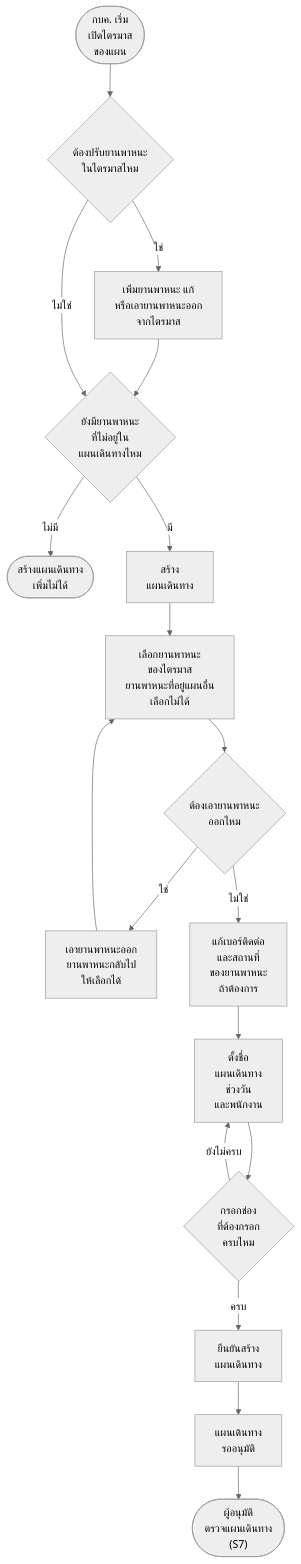
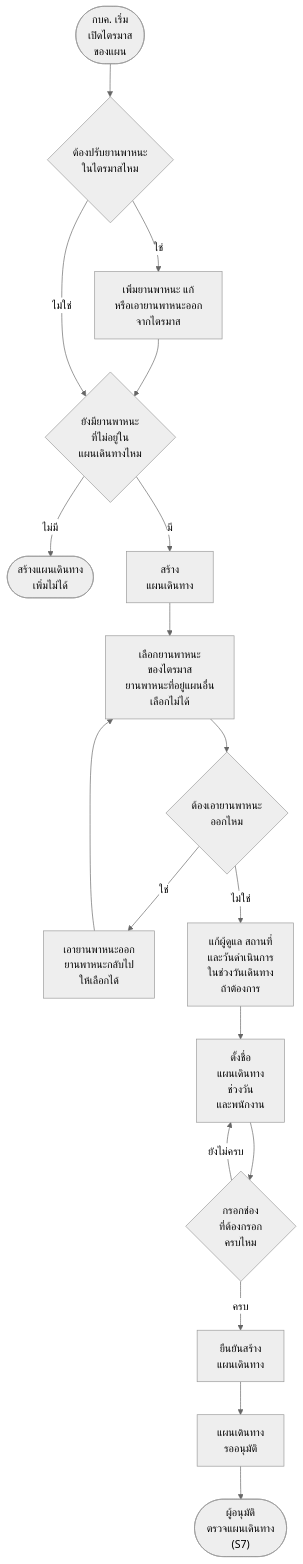
One commit to anugmail/Maintenance-Request-Form changed the seventh of 20 diagrams in Diagram/01-บำรุงรักษาตามวาระ/27-บำรุงรักษา-flowchart-กิจกรรม.md. Above: the diagram before and after it, drawn with Mermaid (neutral theme). The commit also changed other lines of this file and 10 other files, not shown here.

First line of the commit message:
บำรุงรักษา: S6 แผนเดินทาง วันดำเนินการรายคัน · อะไหล่ของแผนเดินทาง · ส่งออกแผนเดินทาง · คอลัมน์ชุดเดียว S6–S12 · แท็บทั้งหมดรวมอะไหล่ทุกไตรมาส · AC-S1 ฉบับลอง

````diff
--- a/Diagram/01-บำรุงรักษาตามวาระ/27-บำรุงรักษา-flowchart-กิจกรรม.md
+++ b/Diagram/01-บำรุงรักษาตามวาระ/27-บำรุงรักษา-flowchart-กิจกรรม.md
@@ -152,20 +144,20 @@
 ```mermaid
 flowchart TD
     S(["กบค. เริ่ม<br/>เปิดไตรมาส<br/>ของแผน"]) --> Q1{"ต้องปรับยานพาหนะ<br/>ในไตรมาสไหม"}
     Q1 -->|ใช่| A1["เพิ่มยานพาหนะ แก้<br/>หรือเอายานพาหนะออก<br/>จากไตรมาส"]
     A1 --> Q2
     Q1 -->|ไม่ใช่| Q2{"ยังมียานพาหนะ<br/>ที่ไม่อยู่ใน<br/>แผนเดินทางไหม"}
     Q2 -->|ไม่มี| E1(["สร้างแผนเดินทาง<br/>เพิ่มไม่ได้"])
     Q2 -->|มี| A2["สร้าง<br/>แผนเดินทาง"]
     A2 --> A3["เลือกยานพาหนะ<br/>ของไตรมาส<br/>ยานพาหนะที่อยู่แผนอื่น<br/>เลือกไม่ได้"]
     A3 --> Q3{"ต้องเอายานพาหนะ<br/>ออกไหม"}
     Q3 -->|ใช่| A4["เอายานพาหนะออก<br/>ยานพาหนะกลับไป<br/>ให้เลือกได้"]
     A4 --> A3
-    Q3 -->|ไม่ใช่| A5["แก้เบอร์ติดต่อ<br/>และสถานที่<br/>ของยานพาหนะ<br/>ถ้าต้องการ"]
+    Q3 -->|ไม่ใช่| A5["แก้ผู้ดูแล สถานที่<br/>และวันดำเนินการ<br/>ในช่วงวันเดินทาง<br/>ถ้าต้องการ"]
     A5 --> A6["ตั้งชื่อ<br/>แผนเดินทาง<br/>ช่วงวัน<br/>และพนักงาน"]
     A6 --> Q4{"กรอกช่อง<br/>ที่ต้องกรอก<br/>ครบไหม"}
     Q4 -->|ยังไม่ครบ| A6
     Q4 -->|ครบ| A7["ยืนยันสร้าง<br/>แผนเดินทาง"]
     A7 --> A8["แผนเดินทาง<br/>รออนุมัติ"]
     A8 --> E2(["ผู้อนุมัติ<br/>ตรวจแผนเดินทาง<br/>(S7)"])
 ```
````
